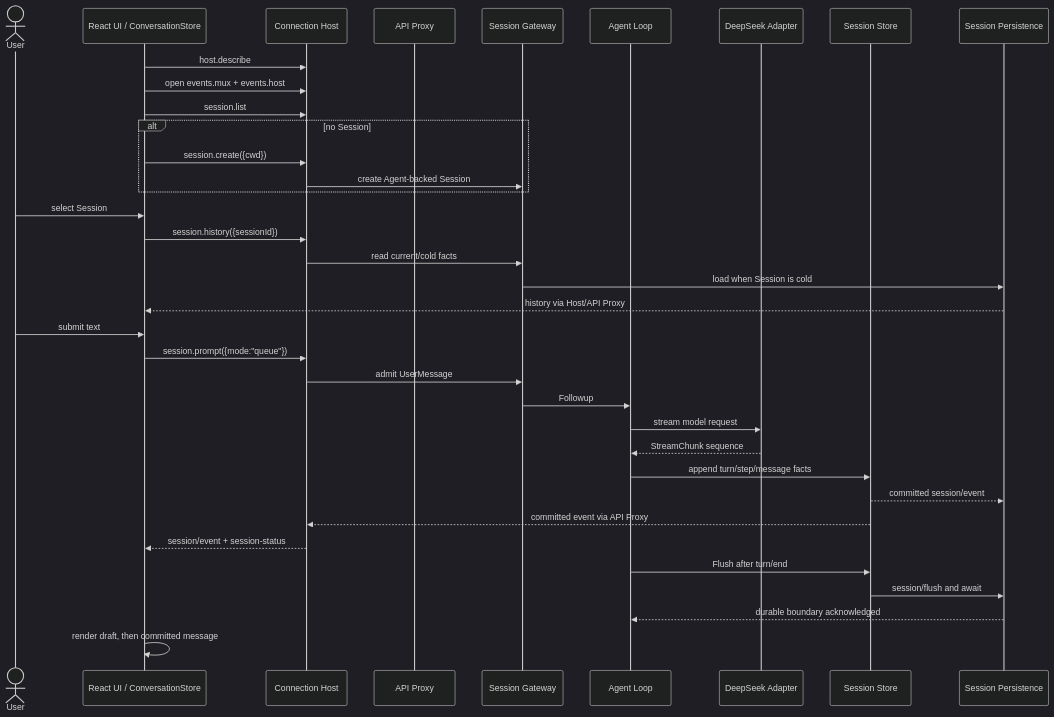
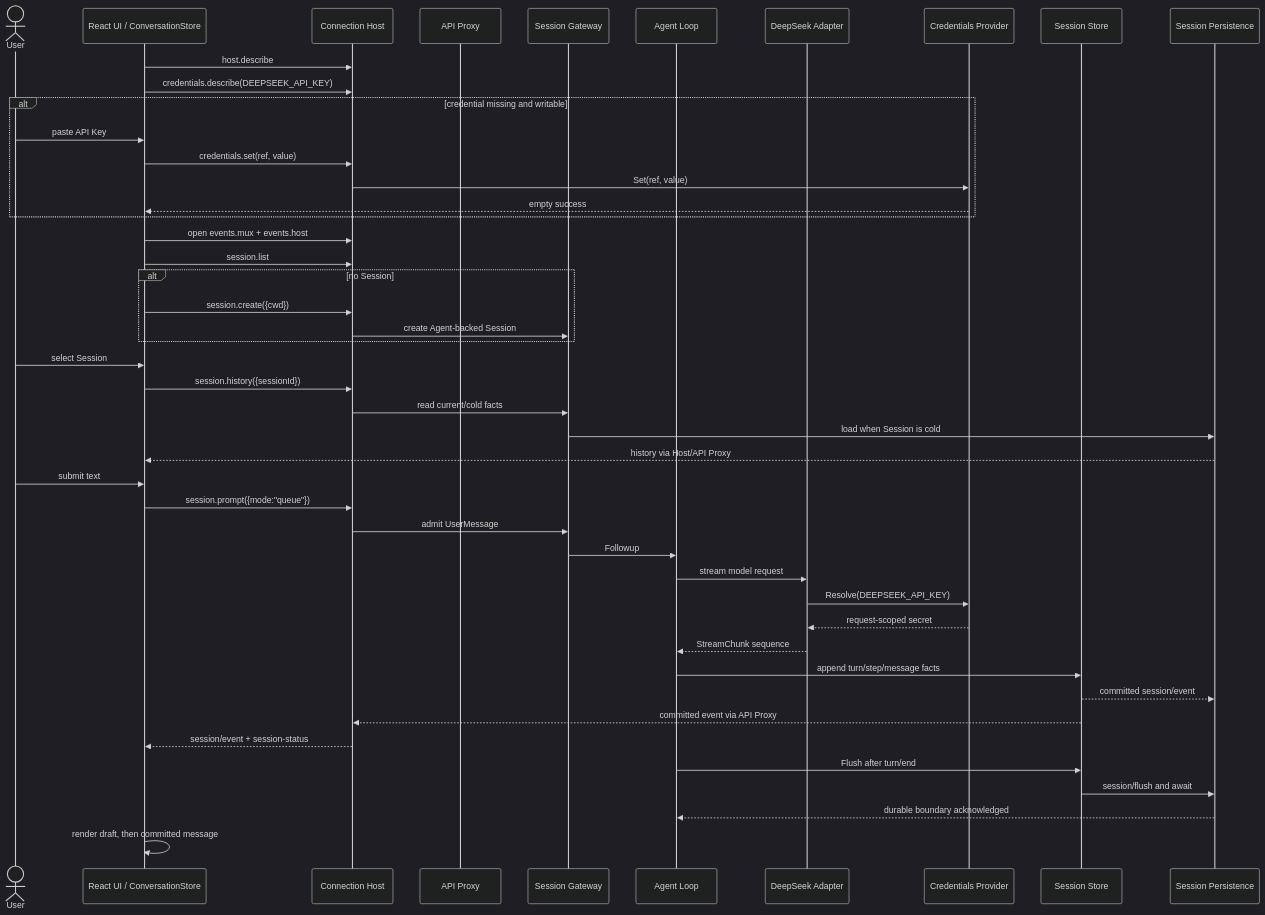
One commit to gorenx/goren changed the diagram in zh-CN/21-web-agent-main-flow.md. Above: the diagram before and after it, drawn with Mermaid (dark theme). The commit also changed other lines of this file and 15 other files, not shown here.

Commit message:
docs: define credentials ownership and flow

````diff
--- a/zh-CN/21-web-agent-main-flow.md
+++ b/zh-CN/21-web-agent-main-flow.md
@@ -59,39 +62,49 @@
 ```mermaid
 sequenceDiagram
     actor U as User
     participant W as React UI / ConversationStore
     participant H as Connection Host
     participant A as API Proxy
     participant S as Session Gateway
     participant G as Agent Loop
     participant D as DeepSeek Adapter
+    participant K as Credentials Provider
     participant C as Session Store
     participant P as Session Persistence
 
     W->>H: host.describe
+    W->>H: credentials.describe(DEEPSEEK_API_KEY)
+    alt credential missing and writable
+        U->>W: paste API Key
+        W->>H: credentials.set(ref, value)
+        H->>K: Set(ref, value)
+        K-->>W: empty success
+    end
     W->>H: open events.mux + events.host
     W->>H: session.list
     alt no Session
         W->>H: session.create({cwd})
         H->>S: create Agent-backed Session
     end
     U->>W: select Session
     W->>H: session.history({sessionId})
     H->>S: read current/cold facts
     S->>P: load when Session is cold
     P-->>W: history via Host/API Proxy
     U->>W: submit text
     W->>H: session.prompt({mode:"queue"})
     H->>S: admit UserMessage
     S->>G: Followup
     G->>D: stream model request
+    D->>K: Resolve(DEEPSEEK_API_KEY)
+    K-->>D: request-scoped secret
     D-->>G: StreamChunk sequence
     G->>C: append turn/step/message facts
     C-->>P: committed session/event
     C-->>H: committed event via API Proxy
     H-->>W: session/event + session-status
     G->>C: Flush after turn/end
     C->>P: session/flush and await
     P-->>G: durable boundary acknowledged
     W->>W: render draft, then committed message
 ```
````
